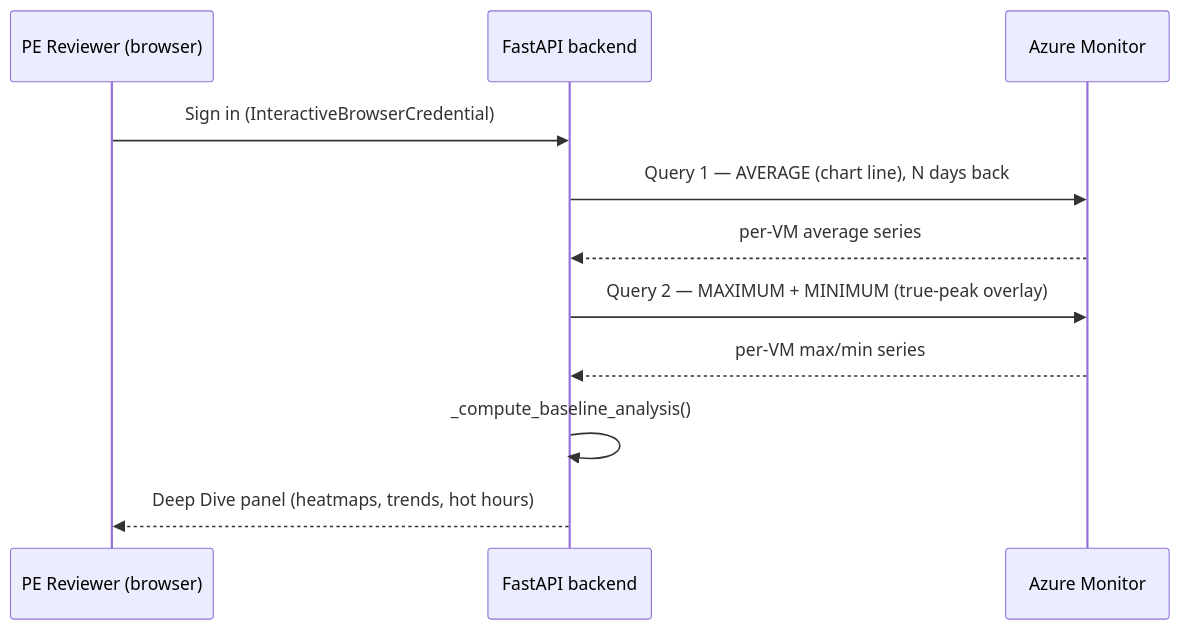
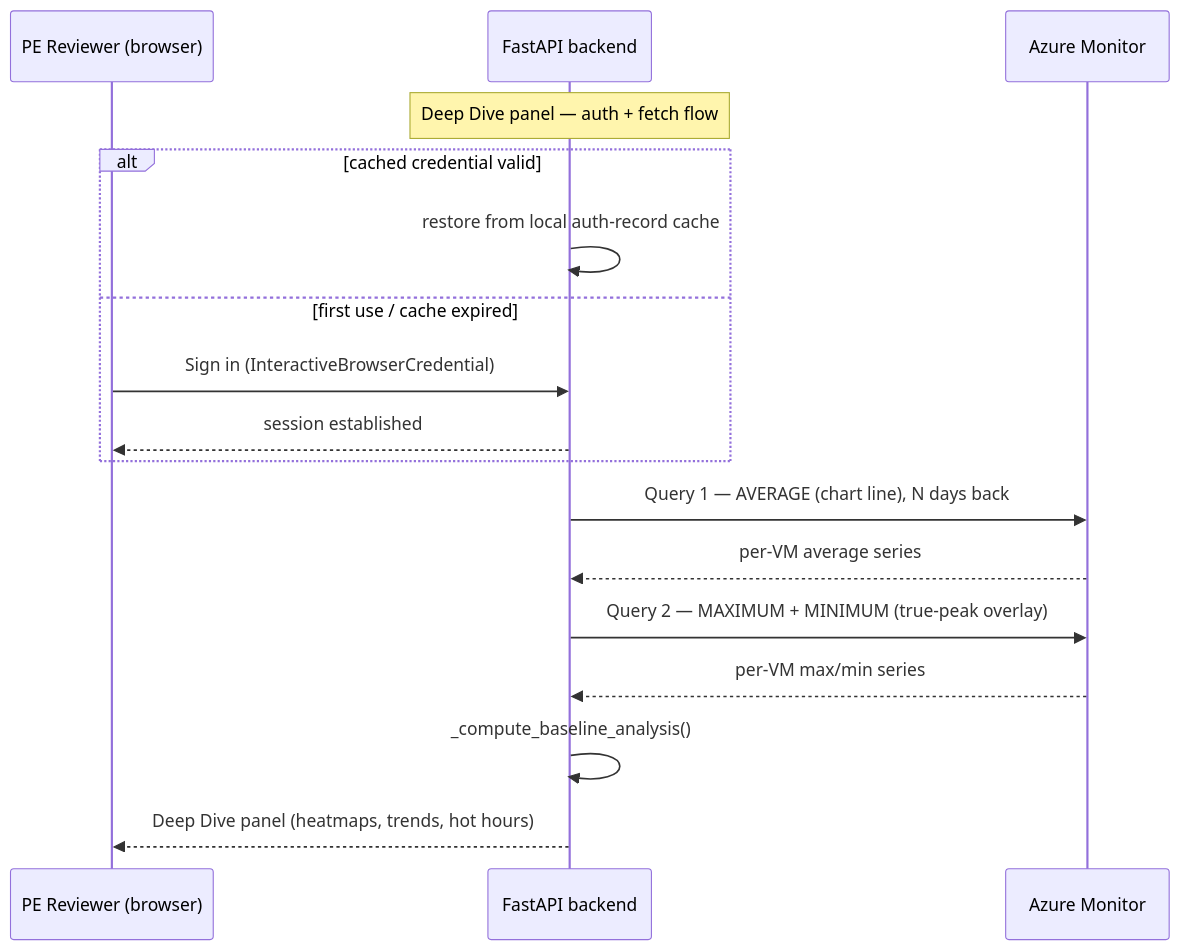
Before and after one commit to ayum321/PE_Dashboard: the sixth of 9 diagrams in PE_Dashboard_Presentation.md, drawn with Mermaid. The commit also changed other lines of this file, not shown here.

````diff
--- a/PE_Dashboard_Presentation.md
+++ b/PE_Dashboard_Presentation.md
@@ -409,13 +430,19 @@
 ```mermaid
 sequenceDiagram
     participant PE as PE Reviewer (browser)
     participant App as FastAPI backend
     participant Azure as Azure Monitor
-    PE->>App: Sign in (InteractiveBrowserCredential)
+    note over App: Deep Dive panel — auth + fetch flow
+    alt cached credential valid
+        App->>App: restore from local auth-record cache
+    else first use / cache expired
+        PE->>App: Sign in (InteractiveBrowserCredential)
+        App-->>PE: session established
+    end
     App->>Azure: Query 1 — AVERAGE (chart line), N days back
     Azure-->>App: per-VM average series
     App->>Azure: Query 2 — MAXIMUM + MINIMUM (true-peak overlay)
     Azure-->>App: per-VM max/min series
     App->>App: _compute_baseline_analysis()
     App-->>PE: Deep Dive panel (heatmaps, trends, hot hours)
 ```
````
